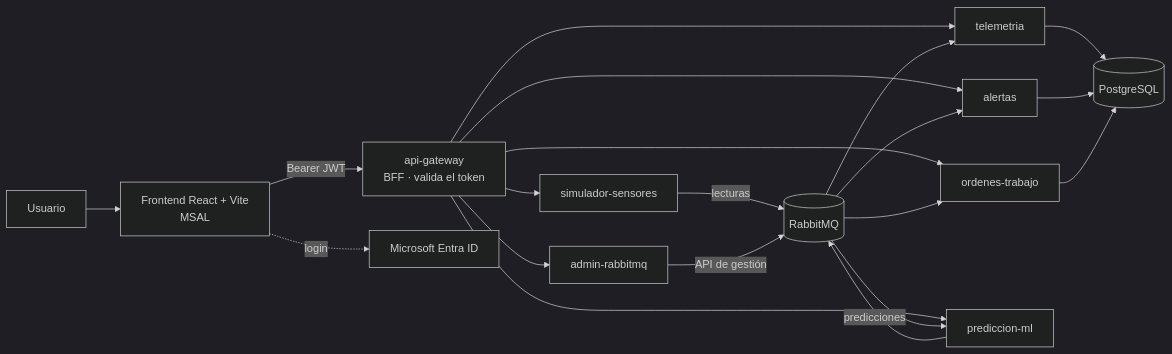
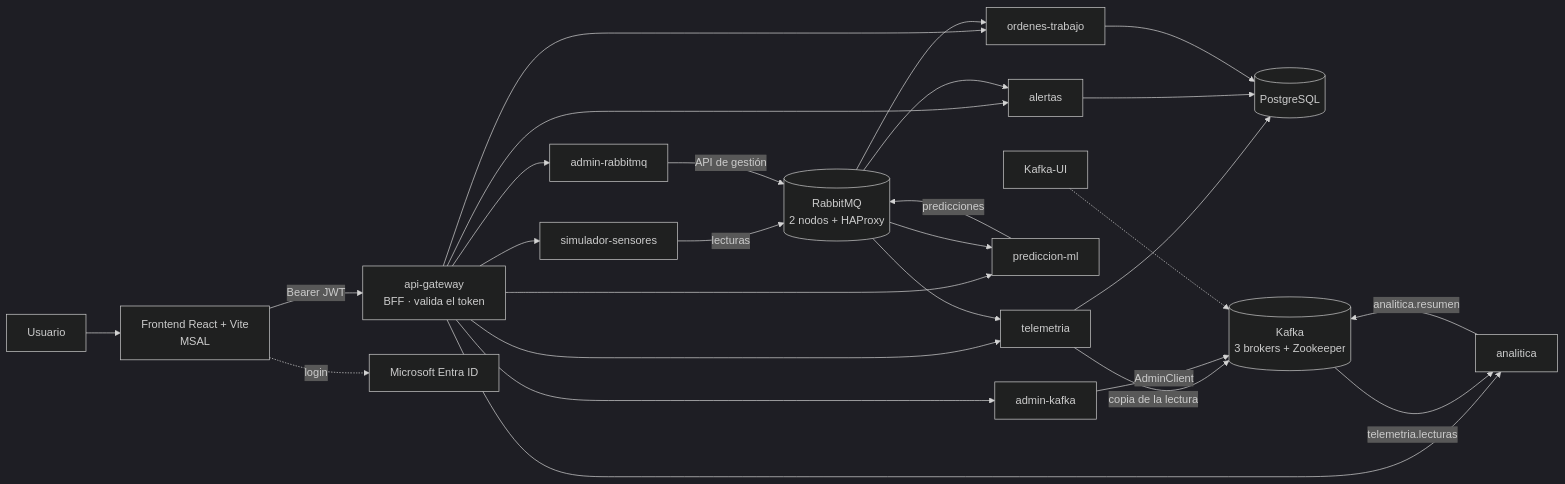
One commit to gonzalopalma22/EMaintenance changed the diagram in README.md. Above: the diagram before and after it, drawn with Mermaid (dark theme). The commit also changed other lines of this file, not shown here.

````diff
--- a/README.md
+++ b/README.md
@@ -17,24 +18,32 @@
 ```mermaid
 flowchart LR
     U[Usuario] --> F[Frontend React + Vite<br/>MSAL]
     F -->|Bearer JWT| G[api-gateway<br/>BFF · valida el token]
     G --> A[admin-rabbitmq]
     G --> T[telemetria]
     G --> AL[alertas]
     G --> O[ordenes-trabajo]
     G --> S[simulador-sensores]
     G --> P[prediccion-ml]
+    G --> AK[admin-kafka]
+    G --> AN[analitica]
 
-    S -->|lecturas| R[(RabbitMQ)]
+    S -->|lecturas| R[(RabbitMQ<br/>2 nodos + HAProxy)]
     R --> T
     T --> DB[(PostgreSQL)]
     R --> P
     P -->|predicciones| R
     R --> AL
     AL --> DB
     R --> O
     O --> DB
     A -->|API de gestión| R
 
+    T -->|copia de la lectura| K[(Kafka<br/>3 brokers + Zookeeper)]
+    K -->|telemetria.lecturas| AN
+    AN -->|analitica.resumen| K
+    AK -->|AdminClient| K
+    KUI[Kafka-UI] -.-> K
+
     F -. login .-> E[Microsoft Entra ID]
 ```
````
